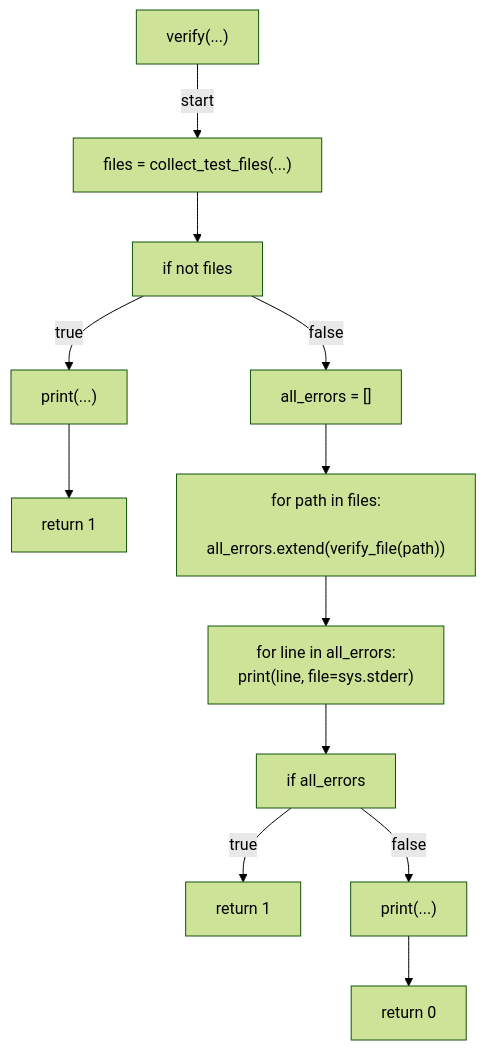
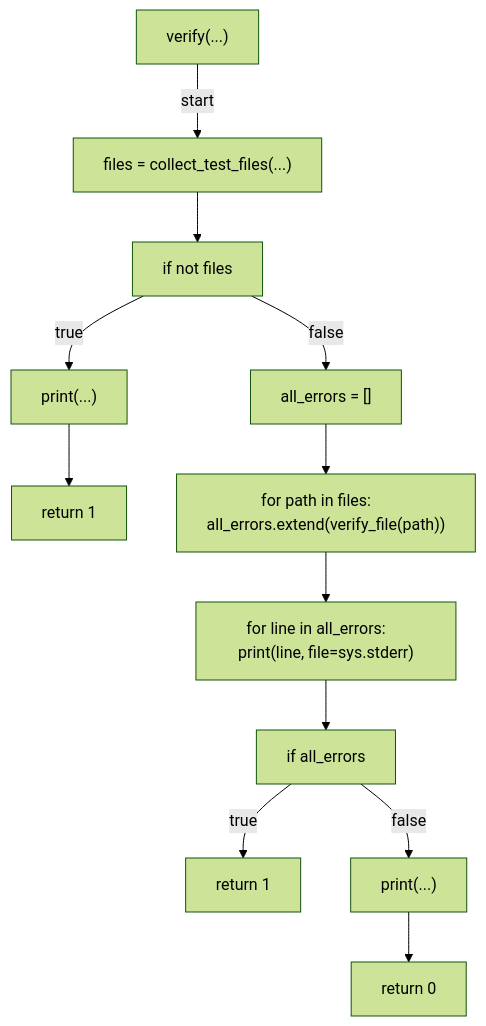
One commit to tvna/claude-md changed the fourth of 5 diagrams in docs/generated/scripts/ast/verify_test_shard_markers.md. Above: the diagram before and after it, drawn with Mermaid (forest theme). The commit also changed other lines of this file and 15 other files, not shown here.

First line of the commit message:
docs(generated): regenerate decision tree and workflow diagrams (batch 5/5)

````diff
--- a/docs/generated/scripts/ast/verify_test_shard_markers.md
+++ b/docs/generated/scripts/ast/verify_test_shard_markers.md
@@ -99,28 +76,26 @@
 ```mermaid
 flowchart TD
     N001["verify(...)"]
     N002["files = collect_test_files(...)"]
     N003["if not files"]
     N004["print(...)"]
     N005["return 1"]
     N006["all_errors = []"]
-    N007["for path in files:
-    all_errors.extend(verify_file(path))"]
-    N008["for line in all_errors:
-    print(line, file=sys.stderr)"]
+    N007["for path in files:     all_errors.extend(verify_file(path))"]
+    N008["for line in all_errors:     print(line, file=sys.stderr)"]
     N009["if all_errors"]
     N010["return 1"]
     N011["print(...)"]
     N012["return 0"]
     N001 -->|"start"| N002
     N002 --> N003
     N003 -->|"true"| N004
     N004 --> N005
     N003 -->|"false"| N006
     N006 --> N007
     N007 --> N008
     N008 --> N009
     N009 -->|"true"| N010
     N009 -->|"false"| N011
     N011 --> N012
 ```
````
